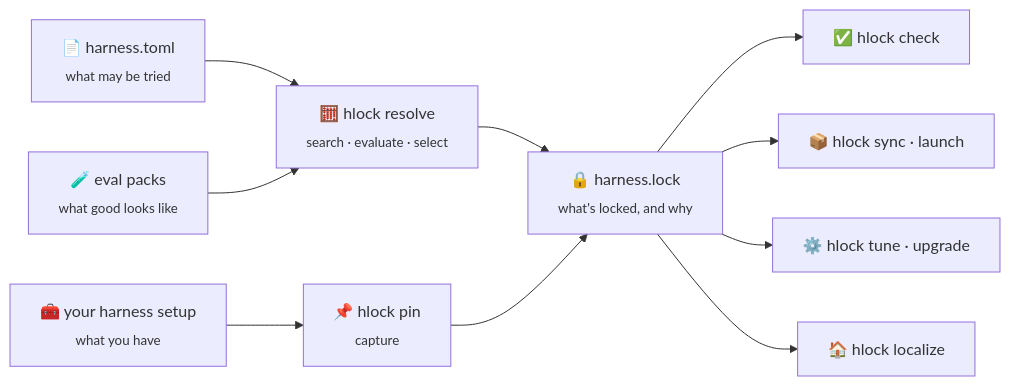
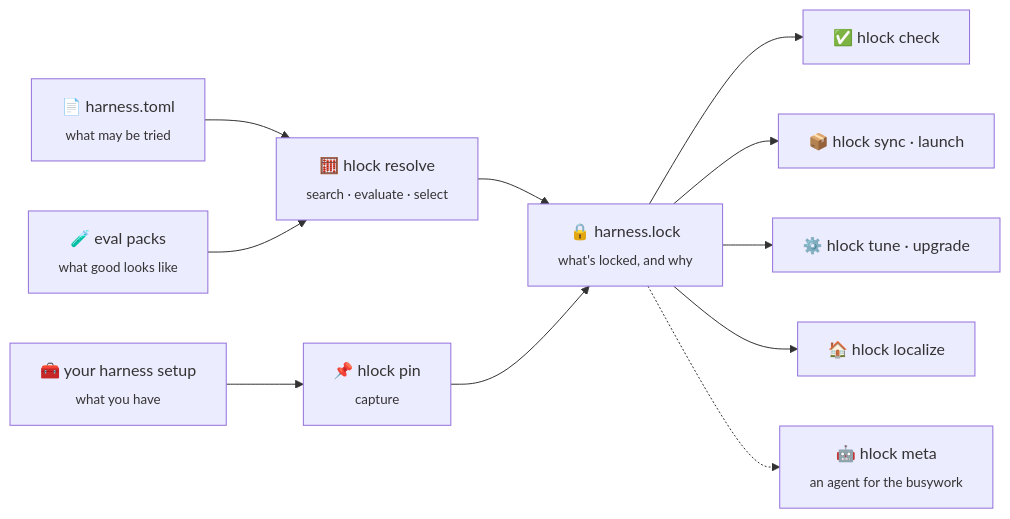
One commit to unionai-oss/hlock changed the diagram in docs/concepts/index.md. Above: the diagram before and after it, drawn with Mermaid. The commit also changed other lines of this file and 6 other files, not shown here.

````diff
--- a/docs/concepts/index.md
+++ b/docs/concepts/index.md
@@ -17,12 +17,13 @@
 ```mermaid
 flowchart LR
     H["🧰 your harness setup<br/><sub>what you have</sub>"] --> P["📌 hlock pin<br/><sub>capture</sub>"]
     M["📄 harness.toml<br/><sub>what may be tried</sub>"] --> R
     T["🧪 eval packs<br/><sub>what good looks like</sub>"] --> R
     R["🧮 hlock resolve<br/><sub>search · evaluate · select</sub>"] --> L
     P --> L["🔒 harness.lock<br/><sub>what's locked, and why</sub>"]
     L --> C["✅ hlock check"]
     L --> S["📦 hlock sync · launch"]
     L --> O["⚙️ hlock tune · upgrade"]
     L --> Z["🏠 hlock localize"]
+    L -.-> A["🤖 hlock meta<br/><sub>an agent for the busywork</sub>"]
 ```
````
